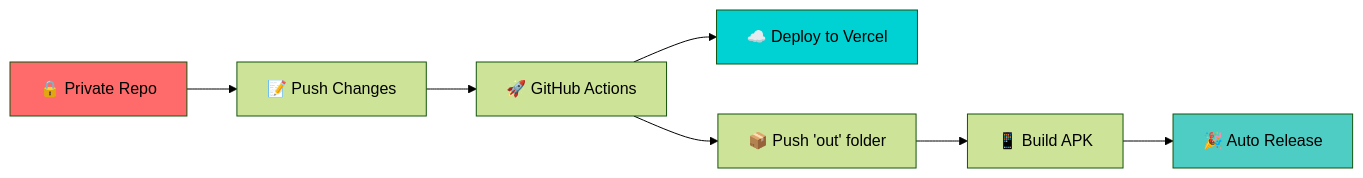
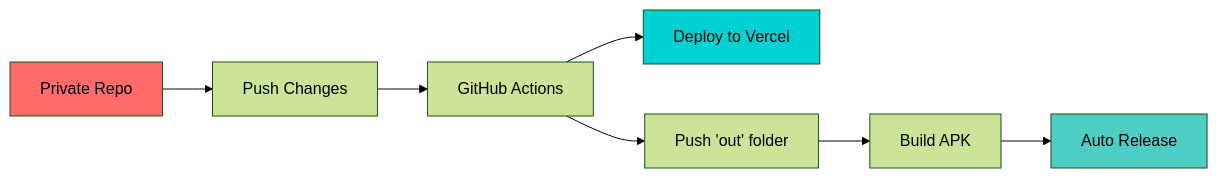
Before and after one commit to syedarhamraza/android-app: the first of 2 diagrams in README.md, drawn with Mermaid (forest theme). The commit also changed other lines of this file, not shown here.

````diff
--- a/README.md
+++ b/README.md
@@ -43,13 +39,13 @@
 ```mermaid
 graph LR
-    A[🔒 Private Repo] --> B[📝 Push Changes]
-    B --> C[🚀 GitHub Actions]
-    C --> D[☁️ Deploy to Vercel]
-    C --> E[📦 Push 'out' folder]
-    E --> F[📱 Build APK]
-    F --> G[🎉 Auto Release]
+    A[Private Repo] --> B[Push Changes]
+    B --> C[GitHub Actions]
+    C --> D[Deploy to Vercel]
+    C --> E[Push 'out' folder]
+    E --> F[Build APK]
+    F --> G[Auto Release]
     
     style A fill:#ff6b6b
     style D fill:#00d2d3
     style G fill:#4ecdc4
 ```
````
